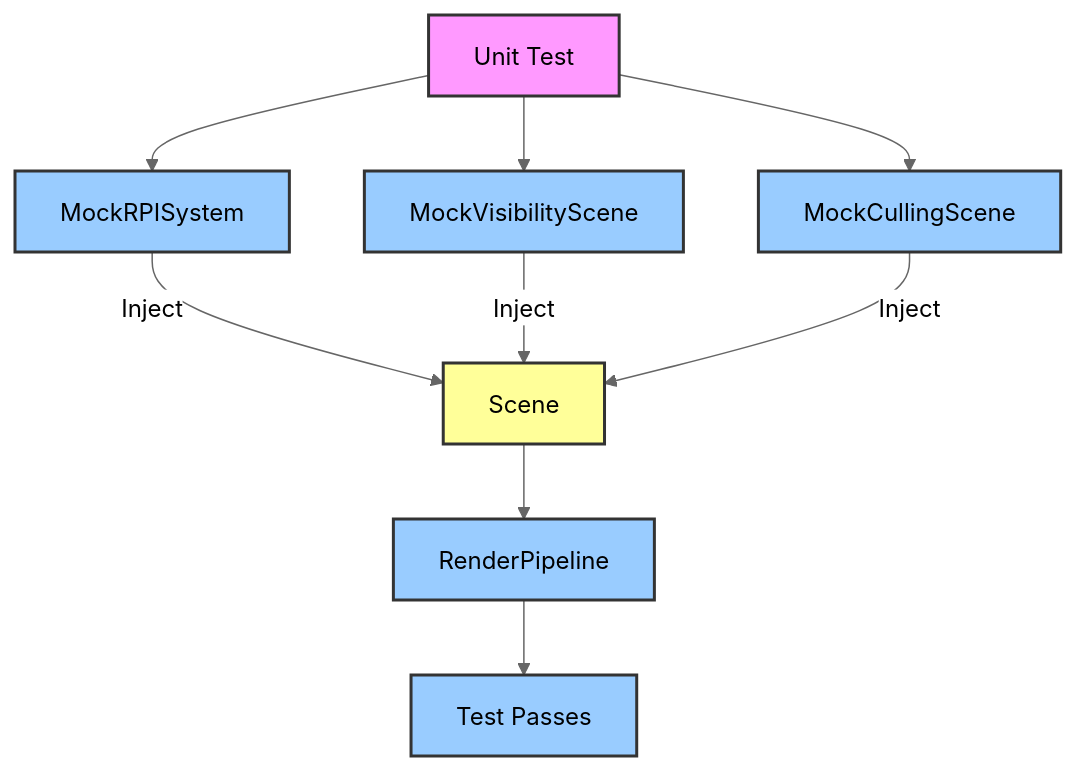
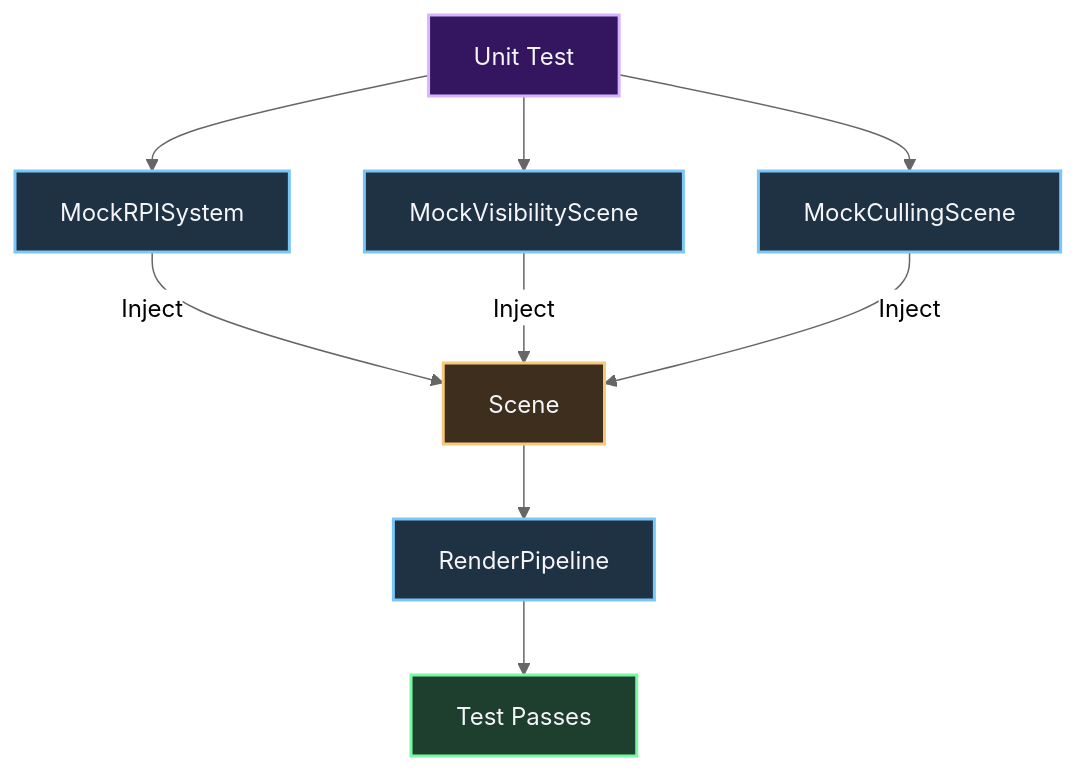
The third of 3 diagrams in content/Engine shit/O3DE/Atomic/5 Dependency Injection & Service Locators.md (Astin-A/the-workshop), drawn with Mermaid (neutral theme) before and after one commit. The commit also changed other lines of this file and 24 other files, not shown here.

````diff
--- a/content/Engine shit/O3DE/Atomic/5 Dependency Injection & Service Locators.md
+++ b/content/Engine shit/O3DE/Atomic/5 Dependency Injection & Service Locators.md
@@ -216,19 +215,22 @@
 ```mermaid
 graph TD
     A[Unit Test] --> B[MockRPISystem]
     A --> C[MockVisibilityScene]
     A --> D[MockCullingScene]
     B -->|Inject| E[Scene]
     C -->|Inject| E
     D -->|Inject| E
     E --> F[RenderPipeline]
     F --> G[Test Passes]
 
-    style A fill:#f9f,stroke:#333,stroke-width:2px,color:#000
-    style B fill:#9cf,stroke:#333,stroke-width:2px,color:#000
-    style C fill:#9cf,stroke:#333,stroke-width:2px,color:#000
-    style D fill:#9cf,stroke:#333,stroke-width:2px,color:#000
-    style E fill:#ff9,stroke:#333,stroke-width:2px,color:#000
-    style F fill:#9cf,stroke:#333,stroke-width:2px,color:#000
-    style G fill:#9cf,stroke:#333,stroke-width:2px,color:#000
+    classDef highlight fill:#341660,stroke:#d8b4fe,stroke-width:2px,color:#f5f5fa;
+    classDef info fill:#1e3244,stroke:#7ac7f7,stroke-width:2px,color:#f5f5fa;
+    classDef warning fill:#3e2e1e,stroke:#f7c87a,stroke-width:2px,color:#f5f5fa;
+    classDef success fill:#1e3f2e,stroke:#7af7a2,stroke-width:2px,color:#f5f5fa;
+
+    class A highlight;
+    class B,C,D info;
+    class E warning;
+    class F info;
+    class G success;
 ```
````
